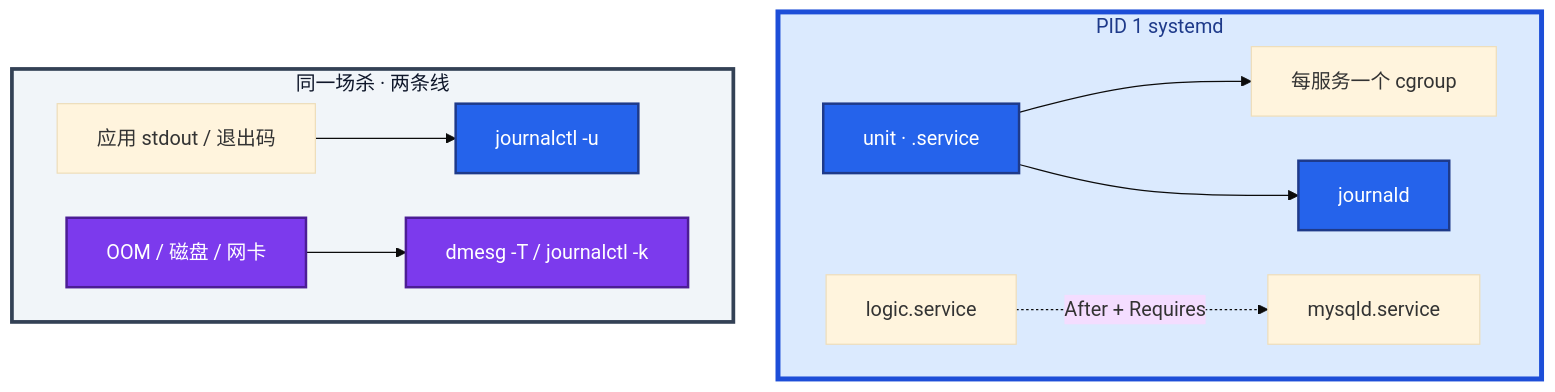
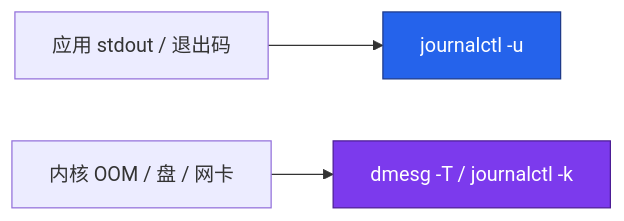
Before and after one commit to ml-cuizijun/LearnToLilith: the third of 11 diagrams in 02-基础底座/01-内核与系统/知识点.md, drawn with Mermaid. The commit also changed other lines of this file and 213 other files, not shown here.

````diff
--- a/02-基础底座/01-内核与系统/知识点.md
+++ b/02-基础底座/01-内核与系统/知识点.md
@@ -152,27 +133,10 @@
 ```mermaid
-%%{init: {"flowchart": {"padding": 16, "nodeSpacing": 36, "rankSpacing": 48}, "theme": "base"}}%%
-flowchart TB
-    subgraph pid1 ["PID 1 systemd"]
-        unit["unit · .service"]
-        cg1[每服务一个 cgroup]
-        jd[journald]
-        unit --> cg1
-        unit --> jd
-        logicU[logic.service] -.->|"After + Requires"| mysqlU[mysqld.service]
-    end
+flowchart LR
+    app[应用 stdout / 退出码] --> journal[journalctl -u]
+    kmsg[内核 OOM / 盘 / 网卡] --> dmesg[dmesg -T / journalctl -k]
 
-    subgraph logs ["同一场杀 · 两条线"]
-        app[应用 stdout / 退出码]
-        kmsg[OOM / 磁盘 / 网卡]
-        app --> journal["journalctl -u"]
-        kmsg --> dmesg["dmesg -T / journalctl -k"]
-    end
-
-    classDef a fill:#2563EB,stroke:#1E3A8A,stroke-width:2px,color:#fff
-    classDef b fill:#7C3AED,stroke:#4C1D95,stroke-width:2px,color:#fff
-    class unit,jd,journal a
-    class kmsg,dmesg b
-
-    style pid1 fill:#DBEAFE,stroke:#1D4ED8,stroke-width:4px,color:#1E3A8A
-    style logs fill:#F1F5F9,stroke:#334155,stroke-width:3px,color:#0F172A
+    classDef a fill:#2563EB,stroke:#1E3A8A,color:#fff
+    classDef b fill:#7C3AED,stroke:#4C1D95,color:#fff
+    class journal a
+    class dmesg b
 ```
````
